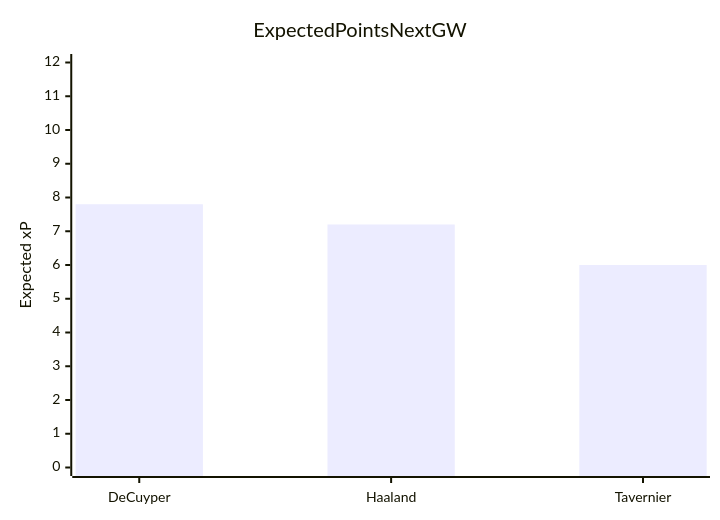
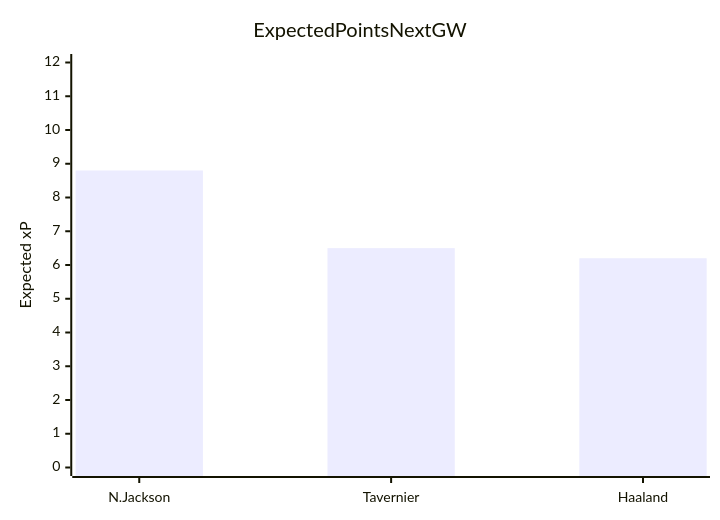
The second of 6 diagrams in fpl_report.md (techsuresh82/fpl-analyzer), drawn with Mermaid before and after one commit. The commit also changed other lines of this file, not shown here.

````diff
--- a/fpl_report.md
+++ b/fpl_report.md
@@ -36,7 +36,7 @@
 ```mermaid
 xychart-beta
     title Expected Points Next GW
-    x-axis [De Cuyper, Haaland, Tavernier]
+    x-axis [N.Jackson, Tavernier, Haaland]
     y-axis "Expected xP" 0 --> 12
-    bar [7.8, 7.2, 6.0]
+    bar [8.8, 6.5, 6.2]
 ```
````
